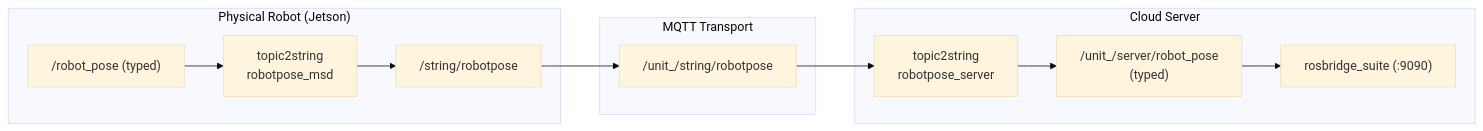
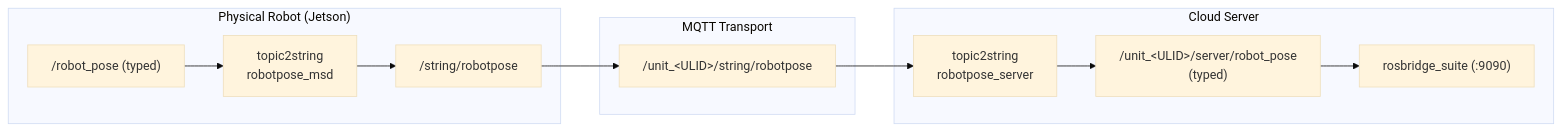
Before and after one commit to itbdelaboprogramming/msd700_documentation: the third of 5 diagrams in docs/development/message-contracts.md, drawn with Mermaid (base theme). The commit also changed other lines of this file and 148 other files, not shown here.

First line of the commit message:
docs: render all mermaid diagrams to static draw.io-style PNGs

````diff
--- a/docs/development/message-contracts.md
+++ b/docs/development/message-contracts.md
@@ -336,17 +336,17 @@
 ```mermaid
 flowchart LR
   subgraph Unit["Physical Robot (Jetson)"]
     T_POSE["/robot_pose (typed)"] --> S_POSE["topic2string<br/>robotpose_msd"]
     S_POSE --> O_POSE["/string/robotpose"]
   end
 
   subgraph Broker["MQTT Transport"]
-    O_POSE --> M_POSE["/unit_<ULID>/string/robotpose"]
+    O_POSE --> M_POSE["/unit_#lt;ULID#gt;/string/robotpose"]
   end
 
   subgraph Cloud["Cloud Server"]
     M_POSE --> D_POSE["topic2string<br/>robotpose_server"]
-    D_POSE --> C_POSE["/unit_<ULID>/server/robot_pose<br/>(typed)"]
+    D_POSE --> C_POSE["/unit_#lt;ULID#gt;/server/robot_pose<br/>(typed)"]
     C_POSE --> ROSBRIDGE["rosbridge_suite (:9090)"]
   end
 ```
````
